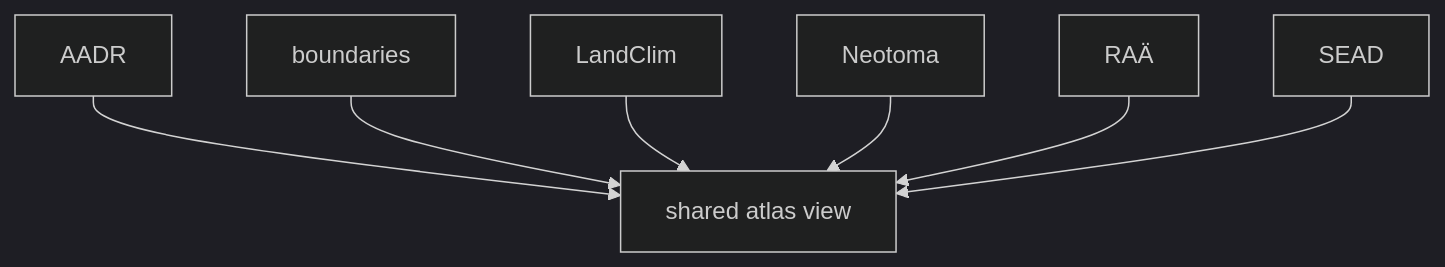
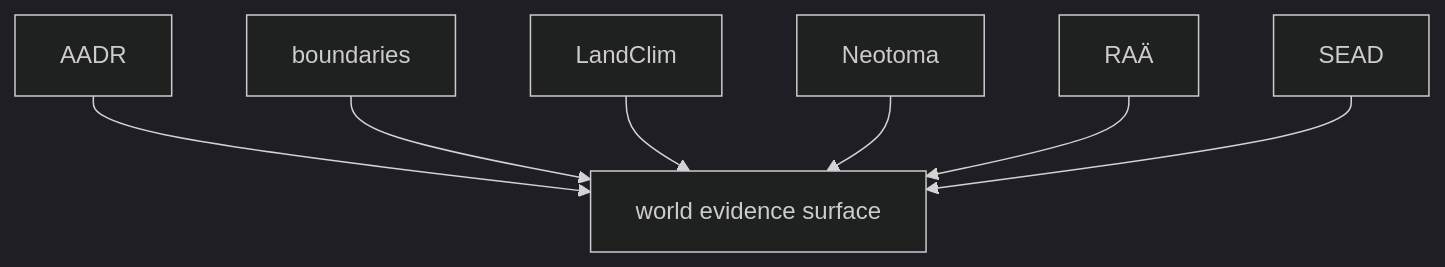
Before and after one commit to bijux/bijux-pollenomics: the diagram in docs/02-bijux-pollenomics-data/sources/source-comparison.md, drawn with Mermaid (dark theme). The commit also changed 20 other files, not shown here.

````diff
--- a/docs/02-bijux-pollenomics-data/sources/source-comparison.md
+++ b/docs/02-bijux-pollenomics-data/sources/source-comparison.md
@@ -18,17 +18,17 @@
 ```mermaid
 flowchart TB
     aadr["AADR"]
     boundaries["boundaries"]
     landclim["LandClim"]
     neotoma["Neotoma"]
     raa["RAÄ"]
     sead["SEAD"]
-    atlas["shared atlas view"]
+    atlas["world evidence surface"]
 
     aadr --> atlas
     boundaries --> atlas
     landclim --> atlas
     neotoma --> atlas
     raa --> atlas
     sead --> atlas
 ```
````
